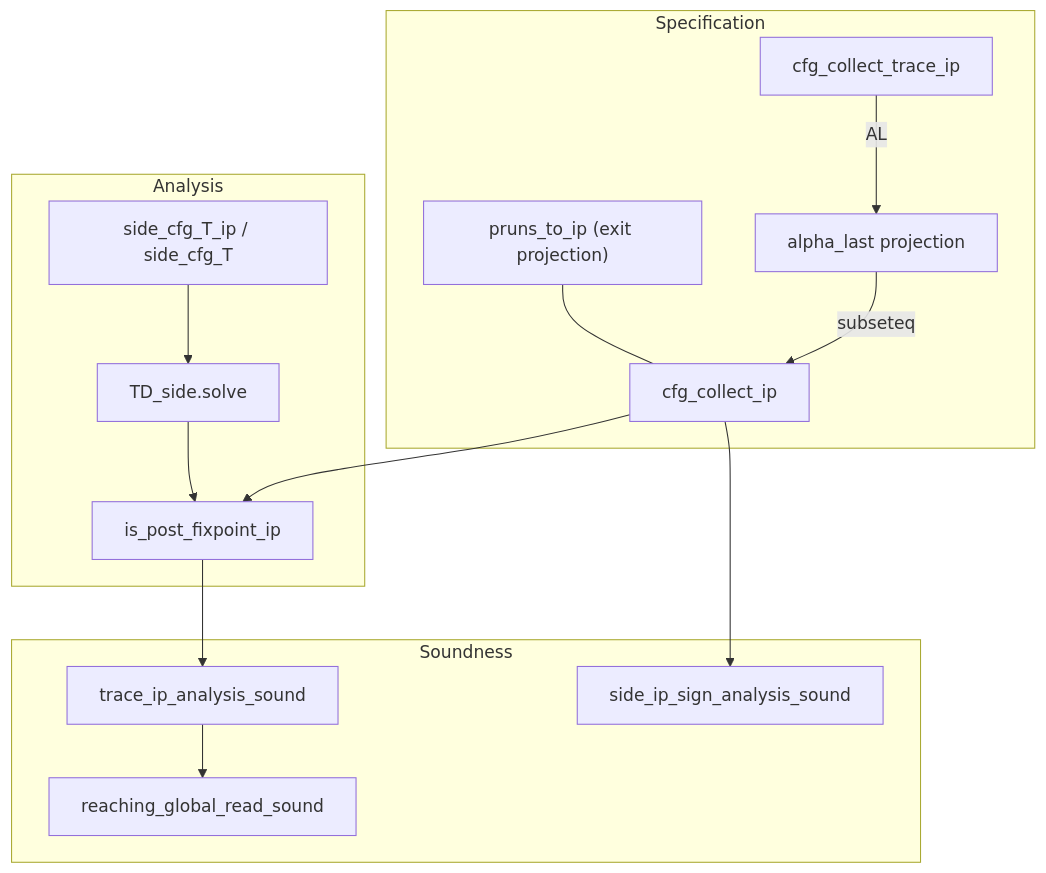
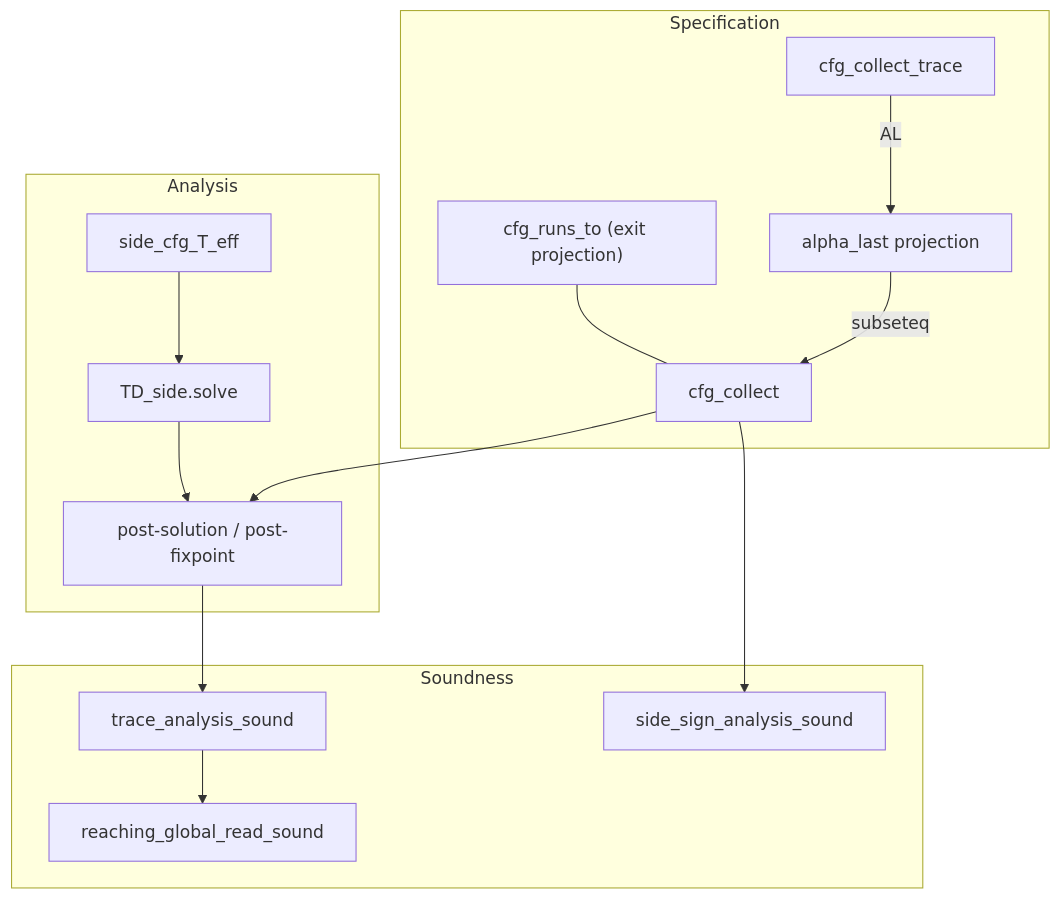
Before and after one commit to ManuelLerchner/Voblint-Verification-Master-Thesis: the diagram in docs/PROOF_OVERVIEW.md, drawn with Mermaid. The commit also changed other lines of this file and 30 other files, not shown here.

````diff
--- a/docs/PROOF_OVERVIEW.md
+++ b/docs/PROOF_OVERVIEW.md
@@ -75,26 +76,26 @@
 ```mermaid
 flowchart TD
   subgraph spec ["Specification"]
-    TIP["cfg_collect_trace_ip"]
-    CIP["cfg_collect_ip"]
-    OP["pruns_to_ip (exit projection)"]
+    TIP["cfg_collect_trace"]
+    CIP["cfg_collect"]
+    OP["cfg_runs_to (exit projection)"]
     AL["alpha_last projection"]
     TIP -->|AL| AL
     AL -->|subseteq| CIP
     OP --- CIP
   end
   subgraph analysis ["Analysis"]
-    SIDE["side_cfg_T_ip / side_cfg_T"]
+    SIDE["side_cfg_T_eff"]
     SOLVE["TD_side.solve"]
-    PFP["is_post_fixpoint_ip"]
+    PFP["post-solution / post-fixpoint"]
   end
   subgraph sound ["Soundness"]
-    TIAS["trace_ip_analysis_sound"]
+    TIAS["trace_analysis_sound"]
     RGR["reaching_global_read_sound"]
-    SIGN["side_ip_sign_analysis_sound"]
+    SIGN["side_sign_analysis_sound"]
   end
   CIP --> PFP
   SIDE --> SOLVE --> PFP
   PFP --> TIAS --> RGR
   CIP --> SIGN
 ```
````
